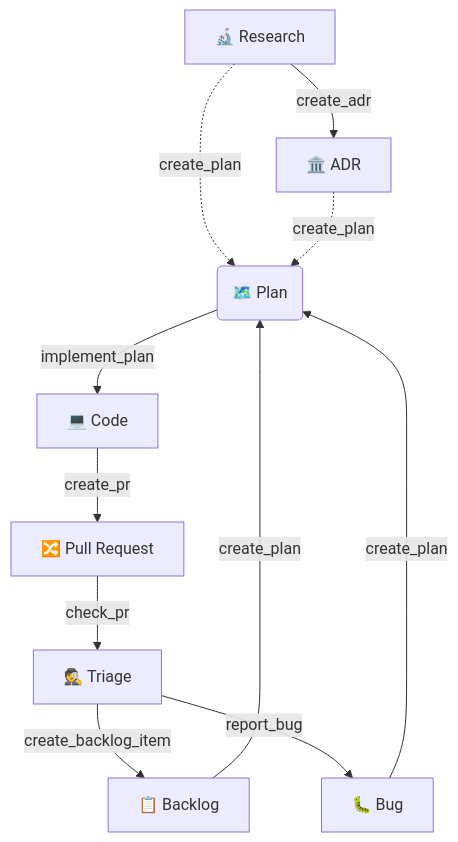
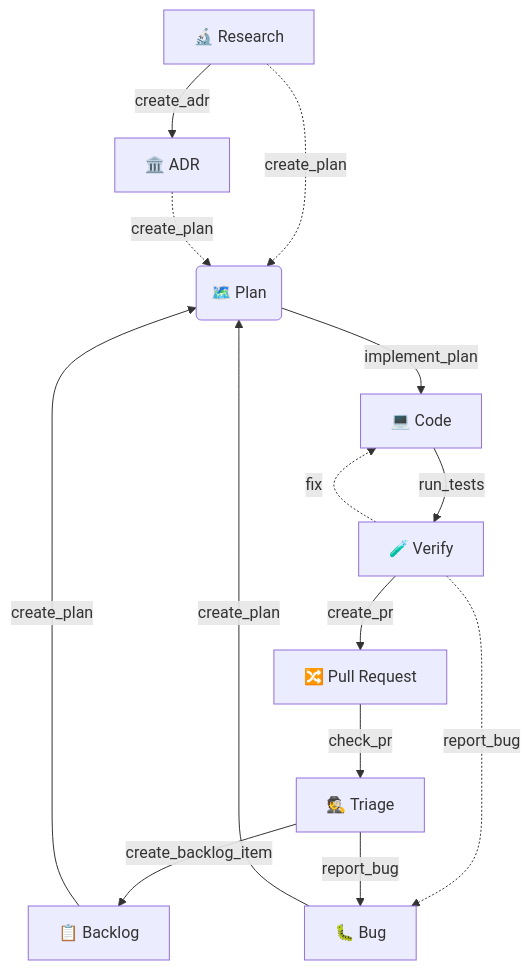
One commit to NunoMoura/dev_ops changed the diagram in README.md. Above: the diagram before and after it, drawn with Mermaid. The commit also changed 4 other files, not shown here.

````diff
--- a/README.md
+++ b/README.md
@@ -32,23 +32,26 @@
 ```mermaid
 flowchart TD
     %% Central Hub
     Plan("🗺️ Plan")
 
     %% Context & Strategy (Fluid Inputs)
     Research["🔬 Research"] -.-> |create_plan| Plan
     ADR["🏛️ ADR"] -.-> |create_plan| Plan
     Research --> |create_adr| ADR
 
     %% Work inputs
     Backlog["📋 Backlog"] --> |create_plan| Plan
     Bug["🐛 Bug"] --> |create_plan| Plan
 
     %% Execution Output
     Plan --> |implement_plan| Code["💻 Code"]
-    Code --> |create_pr| PR["🔀 Pull Request"]
+    Code --> |run_tests| Verify["🧪 Verify"]
+    Verify --> |create_pr| PR["🔀 Pull Request"]
+    Verify -.-> |fix| Code
+    Verify -.-> |report_bug| Bug
 
     %% Continuous Feedback
     PR --> |check_pr| Triage["🕵️ Triage"]
     Triage --> |create_backlog_item| Backlog
     Triage --> |report_bug| Bug
 ```
````
